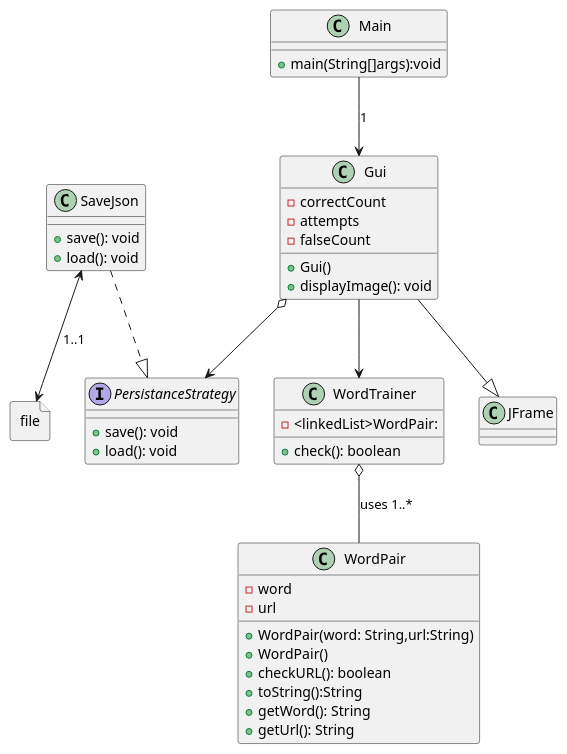
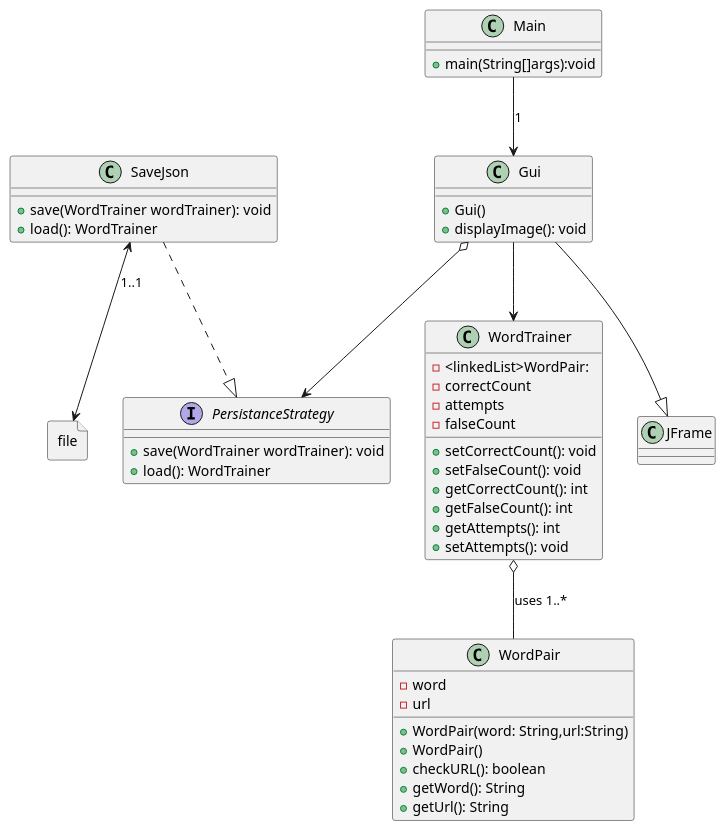
One commit to TGM-HIT/sew9-2425-worttrainer-Ubetterbisoft changed the diagram in Worttrainer4/src/main/java/UML.puml. Above: the diagram before and after it, drawn with PlantUML. The commit also changed 3 other files, not shown here.

```diff
--- a/Worttrainer4/src/main/java/UML.puml
+++ b/Worttrainer4/src/main/java/UML.puml
@@ -1,59 +1,65 @@
 @startuml
 'https://plantuml.com/sequence-diagram
 
 class Main{
     +main(String[]args):void
 }
 class WordTrainer {
     -<linkedList>WordPair:
+    -correctCount
+    -attempts
+    -falseCount
 
-    +check(): boolean
+    + setCorrectCount(): void
+        + setFalseCount(): void
+        + getCorrectCount(): int
+        + getFalseCount(): int
+        + getAttempts(): int
+        + setAttempts(): void
 }
 
 class WordPair {
     - word
     - url
     +WordPair(word: String,url:String)
     +WordPair()
     +checkURL(): boolean
-    + toString():String
     + getWord(): String
     + getUrl(): String
+
 
 
 }
 
 class Gui {
-    -correctCount
-    -attempts
-    -falseCount
+
     + Gui()
     + displayImage(): void
 
 
 }
 class JFrame{
 }
 interface PersistanceStrategy{
-    +save(): void
-    +load(): void
+    +save(WordTrainer wordTrainer): void
+    +load(): WordTrainer
 }
 class SaveJson{
-    +save(): void
-    +load(): void
+    +save(WordTrainer wordTrainer): void
+    +load(): WordTrainer
 }
 
 file file{
 
 }
 
 WordTrainer o-- WordPair: uses 1..*
 Gui --> WordTrainer
 Gui o--> PersistanceStrategy
 SaveJson <--> file:1..1
 Main --> Gui: 1
 SaveJson ..|> PersistanceStrategy
 Gui --|> JFrame
 
 
 @enduml
```
